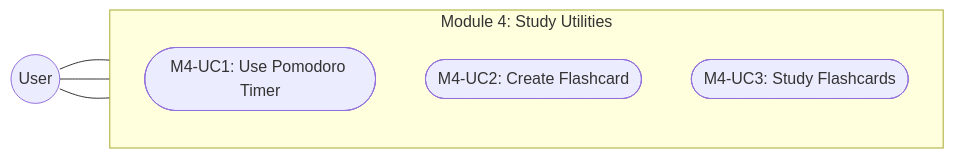
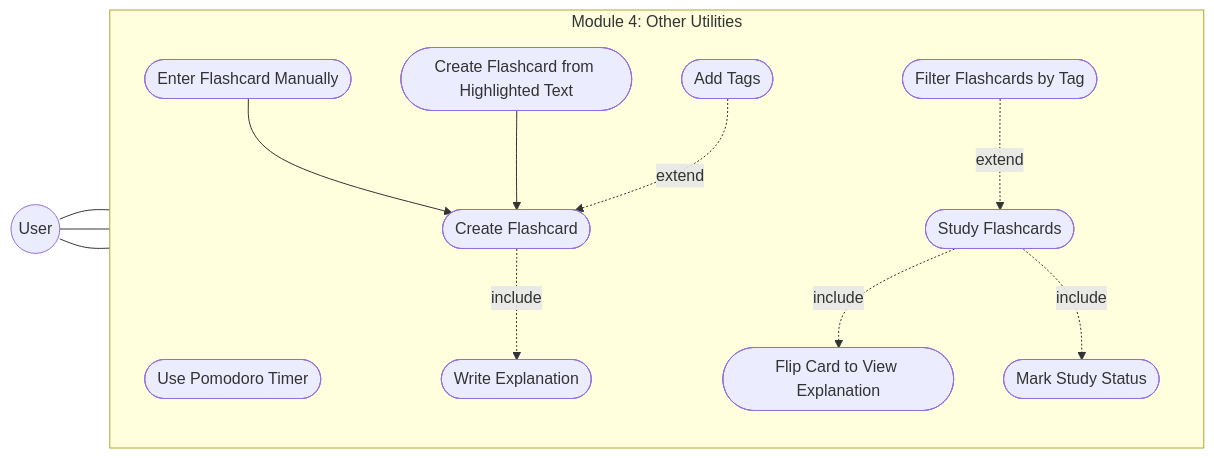
The fourth of 5 diagrams in PA5-Group09/PA3-Group09/report.md (mthupham/STUDIFY), drawn with Mermaid before and after one commit. The commit also changed other lines of this file and 436 other files, not shown here.

````diff
--- a/PA5-Group09/PA3-Group09/report.md
+++ b/PA5-Group09/PA3-Group09/report.md
@@ -222,16 +223,35 @@
 ``` mermaid
 flowchart LR
     User((User))
 
-    subgraph System["Module 4: Study Utilities"]
+    subgraph System["Module 4: Other Utilities"]
         direction TB
         
-        UC1(["M4-UC1: Use Pomodoro Timer"])
-        UC2(["M4-UC2: Create Flashcard"])
-        UC3(["M4-UC3: Study Flashcards"])
+        UC1(["Use Pomodoro Timer"])
+        
+        UC2(["Create Flashcard"])
+        UC2_1(["Enter Flashcard Manually"])
+        UC2_2(["Create Flashcard from Highlighted Text"])
+        UC2_3(["Write Explanation"])
+        UC2_4(["Add Tags"])
+
+        UC3(["Study Flashcards"])
+        UC3_1(["Filter Flashcards by Tag"])
+        UC3_2(["Flip Card to View Explanation"])
+        UC3_3(["Mark Study Status"])
     end
 
     User --- UC1
     User --- UC2
     User --- UC3
+
+    UC2_1 --> UC2
+    UC2_2 --> UC2
+
+    UC2 -.->|include| UC2_3
+    UC2_4 -.->|extend| UC2
+
+    UC3_1 -.->|extend| UC3
+    UC3 -.->|include| UC3_2
+    UC3 -.->|include| UC3_3
 ```
````
